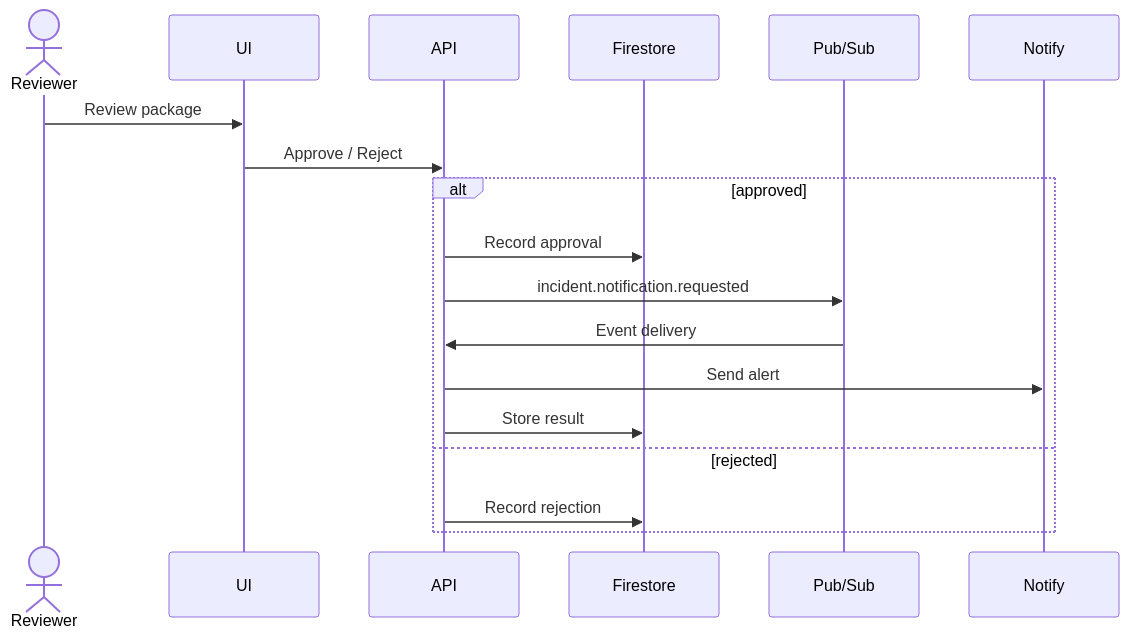
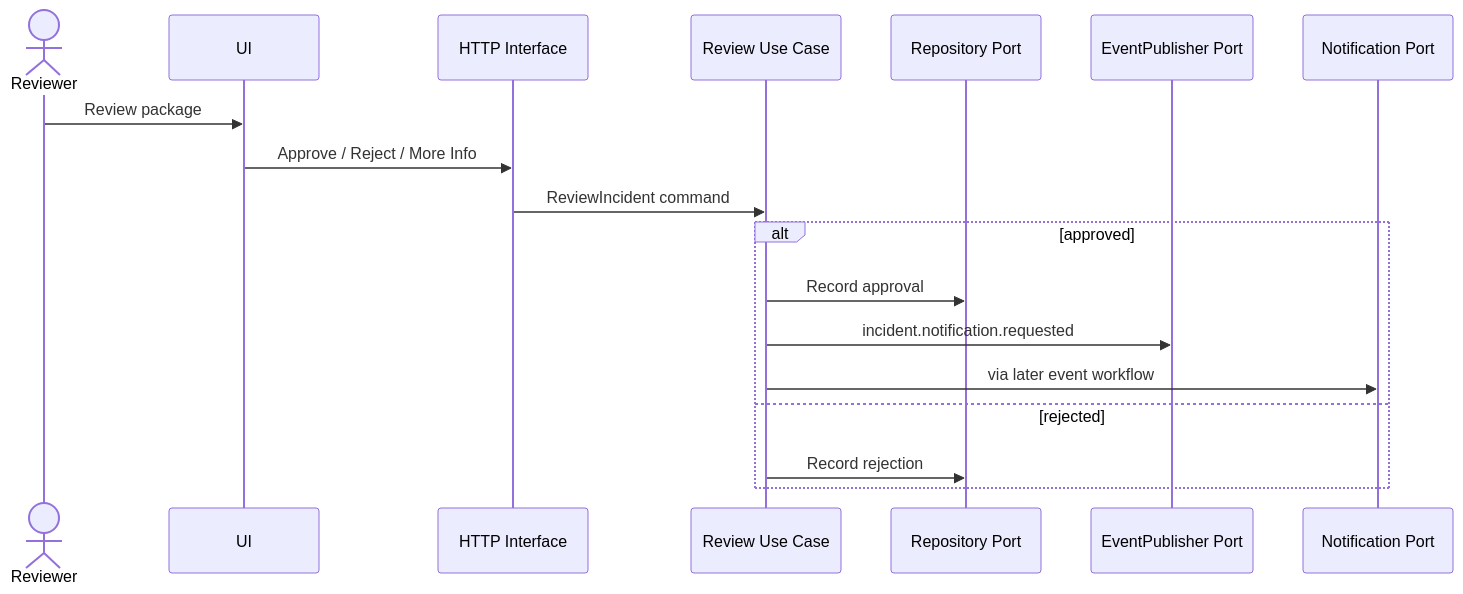
The seventh of 8 diagrams in docs/SYSTEM_DESIGN.md (ronnielutaro/Ngabo-AMR-Surveillance), drawn with Mermaid before and after one commit. The commit also changed other lines of this file, not shown here.

Commit message:
docs(architecture): apply clean architecture to system design

````diff
--- a/docs/SYSTEM_DESIGN.md
+++ b/docs/SYSTEM_DESIGN.md
@@ -165,22 +305,22 @@
 ```mermaid
 sequenceDiagram
     actor Reviewer
     participant UI
-    participant API
-    participant DB as Firestore
-    participant Bus as Pub/Sub
-    participant Notify
+    participant API as HTTP Interface
+    participant App as Review Use Case
+    participant Repo as Repository Port
+    participant Events as EventPublisher Port
+    participant Notify as Notification Port
 
     Reviewer->>UI: Review package
-    UI->>API: Approve / Reject
+    UI->>API: Approve / Reject / More Info
+    API->>App: ReviewIncident command
 
     alt approved
-        API->>DB: Record approval
-        API->>Bus: incident.notification.requested
-        Bus->>API: Event delivery
-        API->>Notify: Send alert
-        API->>DB: Store result
+        App->>Repo: Record approval
+        App->>Events: incident.notification.requested
+        App->>Notify: via later event workflow
     else rejected
-        API->>DB: Record rejection
+        App->>Repo: Record rejection
     end
 ```
````
